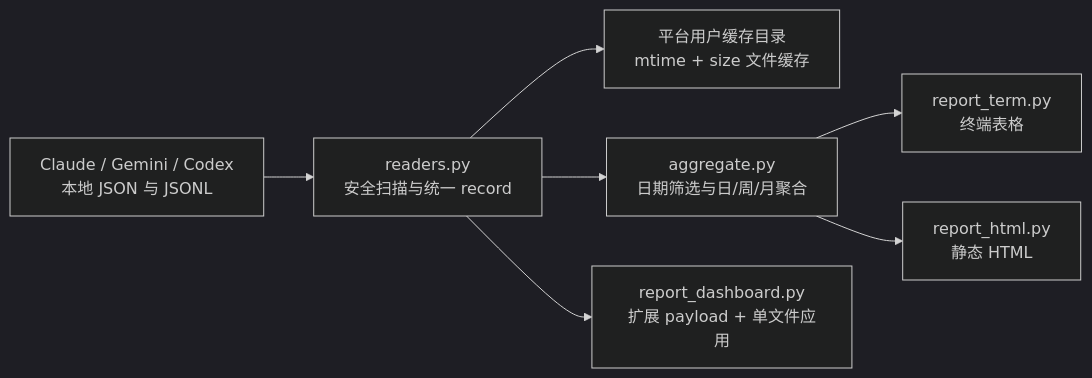
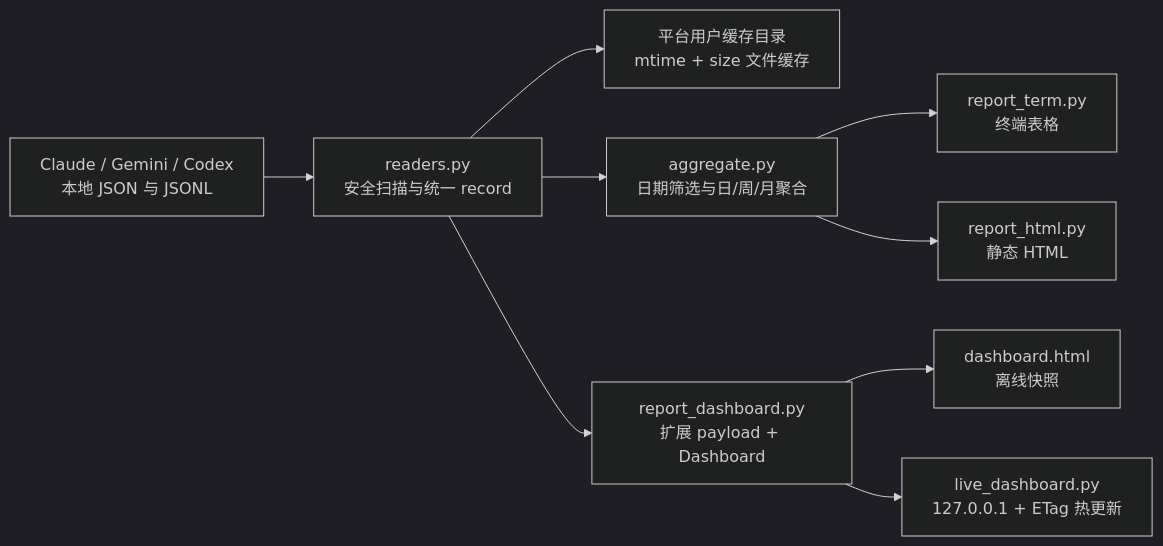
One commit to LingXi-fur/tokens changed the diagram in README.zh-CN.md. Above: the diagram before and after it, drawn with Mermaid (dark theme). The commit also changed other lines of this file and 27 other files, not shown here.

First line of the commit message:
Add loopback-only live dashboard

````diff
--- a/README.zh-CN.md
+++ b/README.zh-CN.md
@@ -301,9 +312,11 @@
 ```mermaid
 flowchart LR
     A[Claude / Gemini / Codex<br>本地 JSON 与 JSONL] --> B[readers.py<br>安全扫描与统一 record]
     B --> C[平台用户缓存目录<br>mtime + size 文件缓存]
     B --> D[aggregate.py<br>日期筛选与日/周/月聚合]
     D --> E[report_term.py<br>终端表格]
     D --> F[report_html.py<br>静态 HTML]
-    B --> G[report_dashboard.py<br>扩展 payload + 单文件应用]
+    B --> G[report_dashboard.py<br>扩展 payload + Dashboard]
+    G --> H[dashboard.html<br>离线快照]
+    G --> I[live_dashboard.py<br>127.0.0.1 + ETag 热更新]
 ```
````
